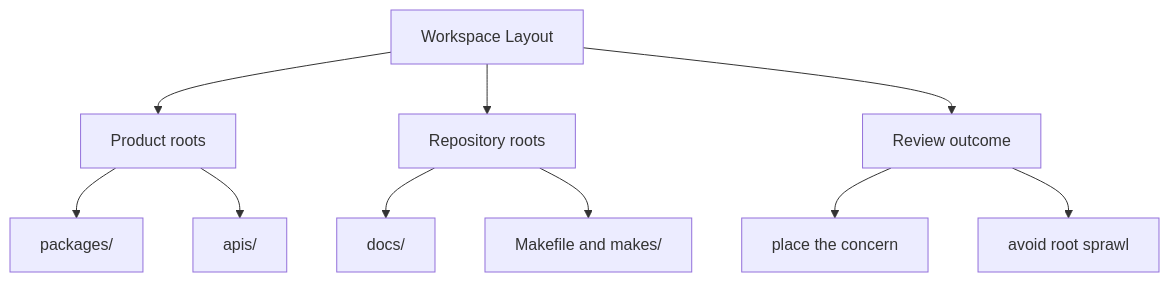
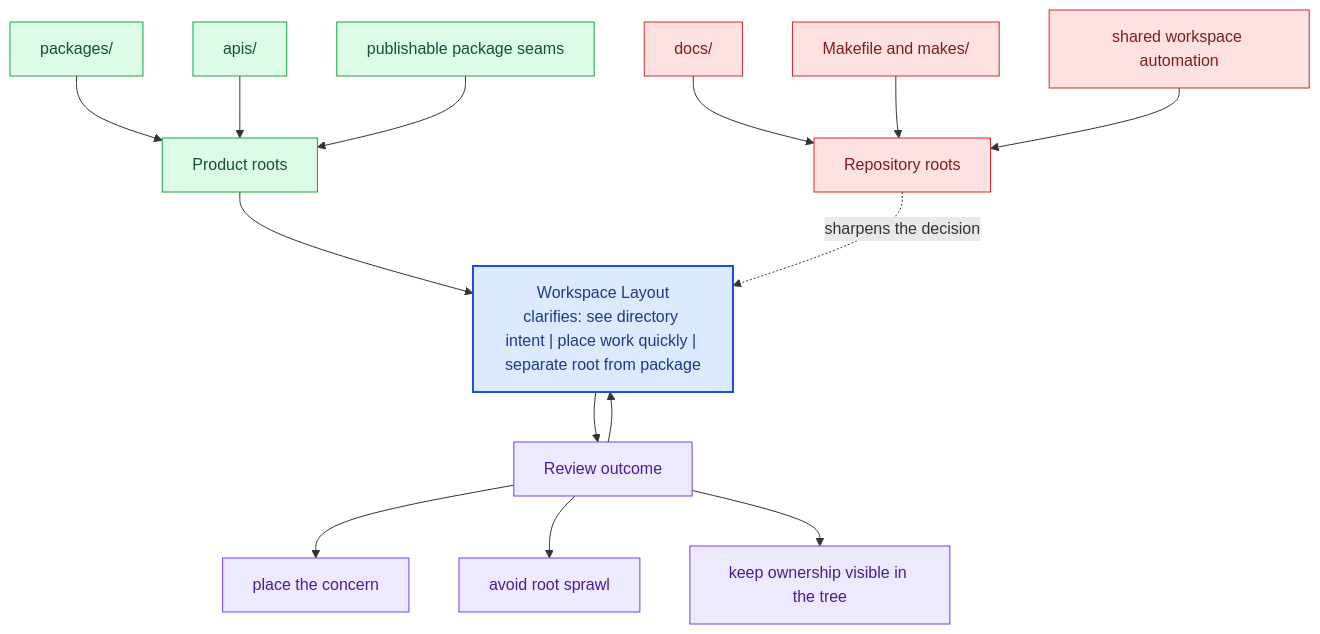
The second of 2 diagrams in docs/bijux-canon/workspace-layout.md (bijux/bijux-canon), drawn with Mermaid before and after one commit. The commit also changed other lines of this file and 281 other files, not shown here.

Commit message:
docs(diagrams): deepen handbook mermaid maps across the catalog

````diff
--- a/docs/bijux-canon/workspace-layout.md
+++ b/docs/bijux-canon/workspace-layout.md
@@ -33,22 +66,40 @@
 ```mermaid
-flowchart TD
-    page["Workspace Layout"]
+flowchart TB
+    promise["Workspace Layout<br/>clarifies: see directory intent | place work quickly | separate root from package"]
+    classDef promise fill:#dbeafe,stroke:#1d4ed8,color:#1e3a8a,stroke-width:2px;
+    classDef driver fill:#dcfce7,stroke:#16a34a,color:#14532d;
+    classDef constraint fill:#fee2e2,stroke:#dc2626,color:#7f1d1d;
+    classDef ground fill:#ede9fe,stroke:#7c3aed,color:#4c1d95;
     focus1["Product roots"]
-    page --> focus1
+    focus1 --> promise
     focus1_1["packages/"]
-    focus1 --> focus1_1
+    focus1_1 --> focus1
     focus1_2["apis/"]
-    focus1 --> focus1_2
+    focus1_2 --> focus1
+    focus1_3["publishable package seams"]
+    focus1_3 --> focus1
+    class focus1 driver;
+    class focus1_1,focus1_2,focus1_3 driver;
     focus2["Repository roots"]
-    page --> focus2
+    focus2 -.sharpens the decision.-> promise
     focus2_1["docs/"]
-    focus2 --> focus2_1
+    focus2_1 --> focus2
     focus2_2["Makefile and makes/"]
-    focus2 --> focus2_2
+    focus2_2 --> focus2
+    focus2_3["shared workspace automation"]
+    focus2_3 --> focus2
+    class focus2 constraint;
+    class focus2_1,focus2_2,focus2_3 constraint;
     focus3["Review outcome"]
-    page --> focus3
+    focus3 --> promise
+    promise --> focus3
     focus3_1["place the concern"]
     focus3 --> focus3_1
     focus3_2["avoid root sprawl"]
     focus3 --> focus3_2
+    focus3_3["keep ownership visible in the tree"]
+    focus3 --> focus3_3
+    class focus3 ground;
+    class focus3_1,focus3_2,focus3_3 ground;
+    class promise promise;
 ```
````
